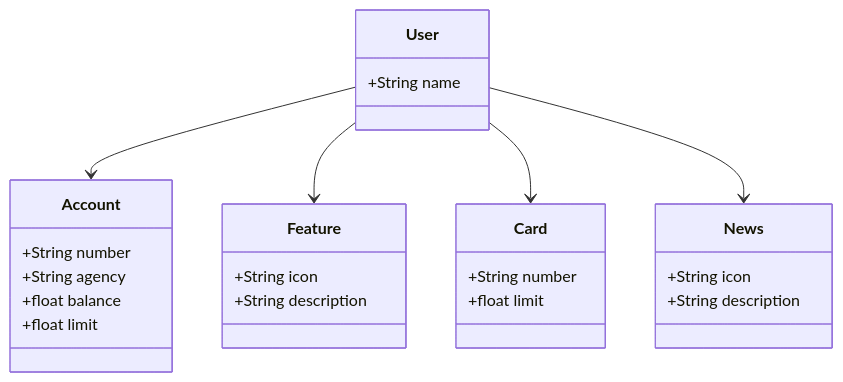
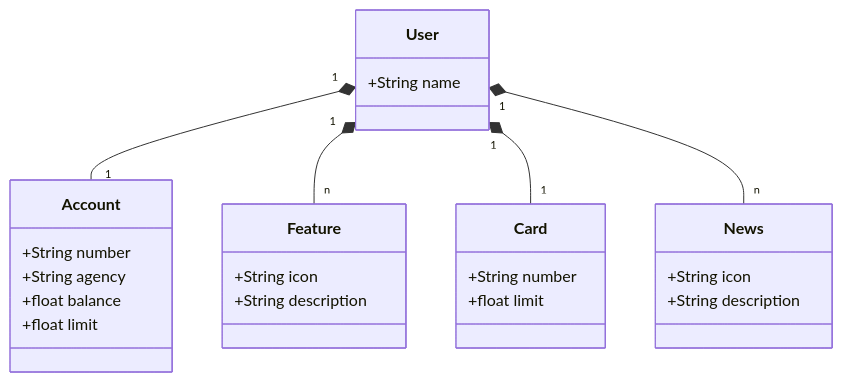
One commit to Geovanej7/GFT-DIO-2024 changed the diagram in README.md. Above: the diagram before and after it, drawn with Mermaid.

````diff
--- a/README.md
+++ b/README.md
@@ -5,33 +5,33 @@
 ```mermaid
 classDiagram
     class User {
         +String name
     }
 
     class Account {
         +String number
         +String agency
         +float balance
         +float limit
     }
 
     class Feature {
         +String icon
         +String description
     }
 
     class Card {
         +String number
         +float limit
     }
 
     class News {
         +String icon
         +String description
     }
 
-    User --> Account
-    User --> Feature
-    User --> Card
-    User --> News
+    User "1" *-- "1" Account
+    User "1" *-- "n" Feature
+    User "1" *-- "1" Card
+    User "1" *-- "n" News
 ```
````
